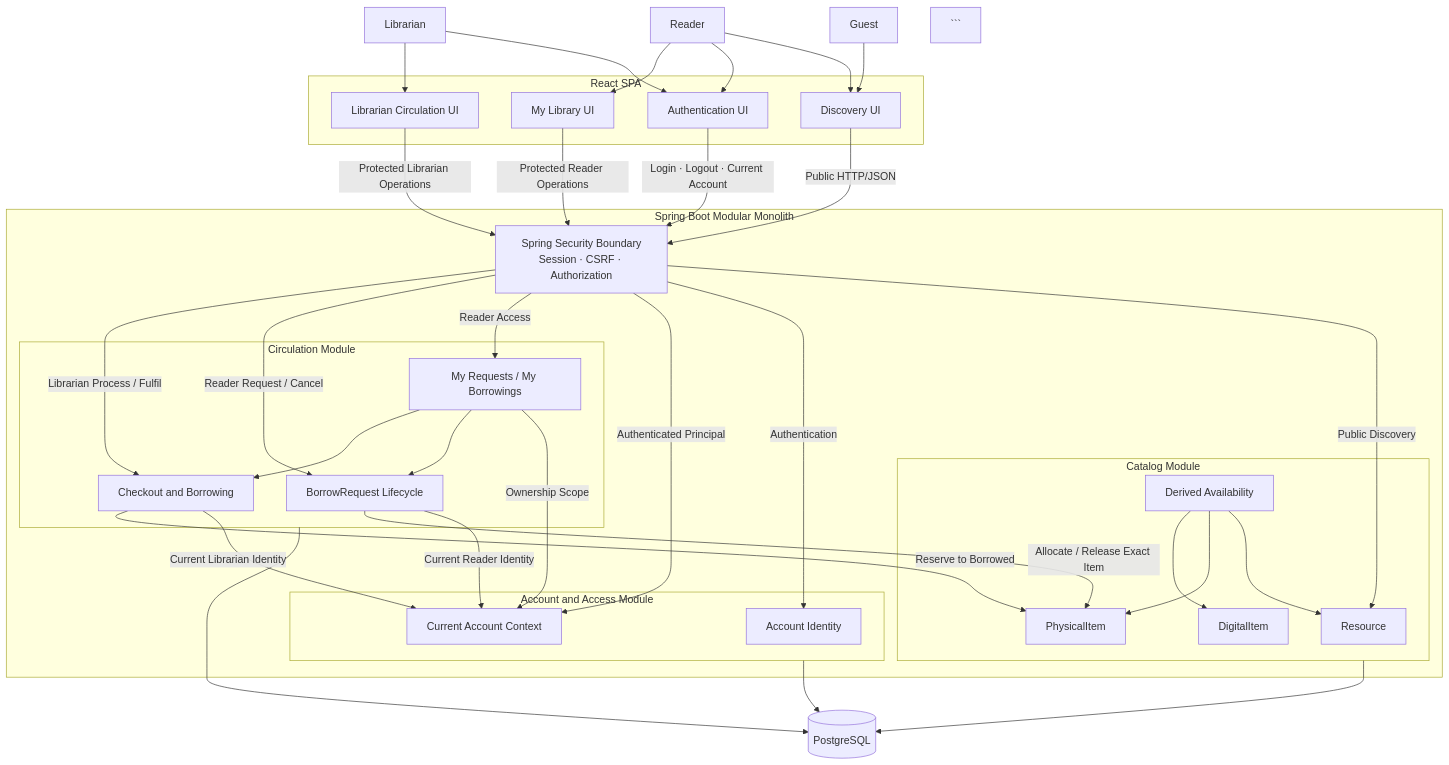
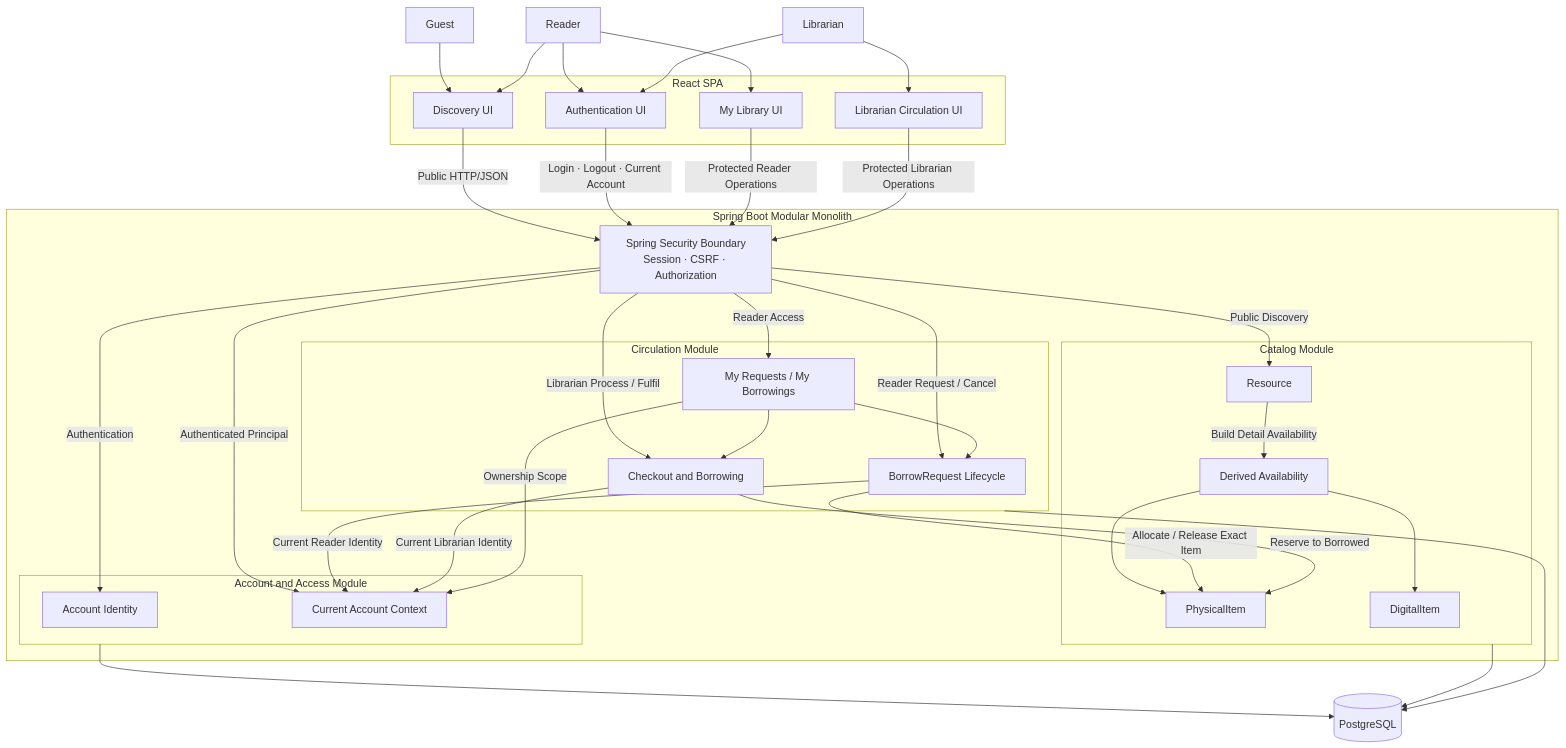
Before and after one commit to hoanglcnn-oss/Librio-Group7: the diagram in docs/hld/component-diagram.mmd, drawn with Mermaid. The commit also changed other lines of this file and 2 other files, not shown here.

Commit message:
docs: add high-level design documentation and component architecture diagram for sprint 2

````diff
--- a/docs/hld/component-diagram.mmd
+++ b/docs/hld/component-diagram.mmd
@@ -1,73 +1,71 @@
 flowchart TB
 Guest["Guest"]
 Reader["Reader"]
 Librarian["Librarian"]
 
-```
 subgraph Client["React SPA"]
     DiscoveryUI["Discovery UI"]
     AuthUI["Authentication UI"]
     MyLibraryUI["My Library UI"]
     LibrarianUI["Librarian Circulation UI"]
 end
 
 subgraph Backend["Spring Boot Modular Monolith"]
     Security["Spring Security Boundary<br/>Session · CSRF · Authorization"]
 
     subgraph AccountModule["Account and Access Module"]
         Account["Account Identity"]
         CurrentAccount["Current Account Context"]
     end
 
     subgraph CatalogModule["Catalog Module"]
         Resource["Resource"]
         PhysicalItem["PhysicalItem"]
         DigitalItem["DigitalItem"]
         Availability["Derived Availability"]
     end
 
     subgraph CirculationModule["Circulation Module"]
         BorrowRequest["BorrowRequest Lifecycle"]
         Checkout["Checkout and Borrowing"]
         MyLibrary["My Requests / My Borrowings"]
     end
 end
 
 Database[("PostgreSQL")]
 
 Guest --> DiscoveryUI
 Reader --> DiscoveryUI
 Reader --> AuthUI
 Reader --> MyLibraryUI
 Librarian --> AuthUI
 Librarian --> LibrarianUI
 
 DiscoveryUI -->|"Public HTTP/JSON"| Security
 AuthUI -->|"Login · Logout · Current Account"| Security
 MyLibraryUI -->|"Protected Reader Operations"| Security
 LibrarianUI -->|"Protected Librarian Operations"| Security
 
 Security -->|"Public Discovery"| Resource
 Security -->|"Authentication"| Account
 Security -->|"Authenticated Principal"| CurrentAccount
 Security -->|"Reader Access"| MyLibrary
 Security -->|"Reader Request / Cancel"| BorrowRequest
 Security -->|"Librarian Process / Fulfil"| Checkout
 
-Availability --> Resource
+Resource -->|"Build Detail Availability"| Availability
 Availability --> PhysicalItem
 Availability --> DigitalItem
 
 BorrowRequest -->|"Current Reader Identity"| CurrentAccount
 Checkout -->|"Current Librarian Identity"| CurrentAccount
 MyLibrary -->|"Ownership Scope"| CurrentAccount
 
 BorrowRequest -->|"Allocate / Release Exact Item"| PhysicalItem
 Checkout -->|"Reserve to Borrowed"| PhysicalItem
 MyLibrary --> BorrowRequest
 MyLibrary --> Checkout
 
 AccountModule --> Database
 CatalogModule --> Database
 CirculationModule --> Database
-```
````
